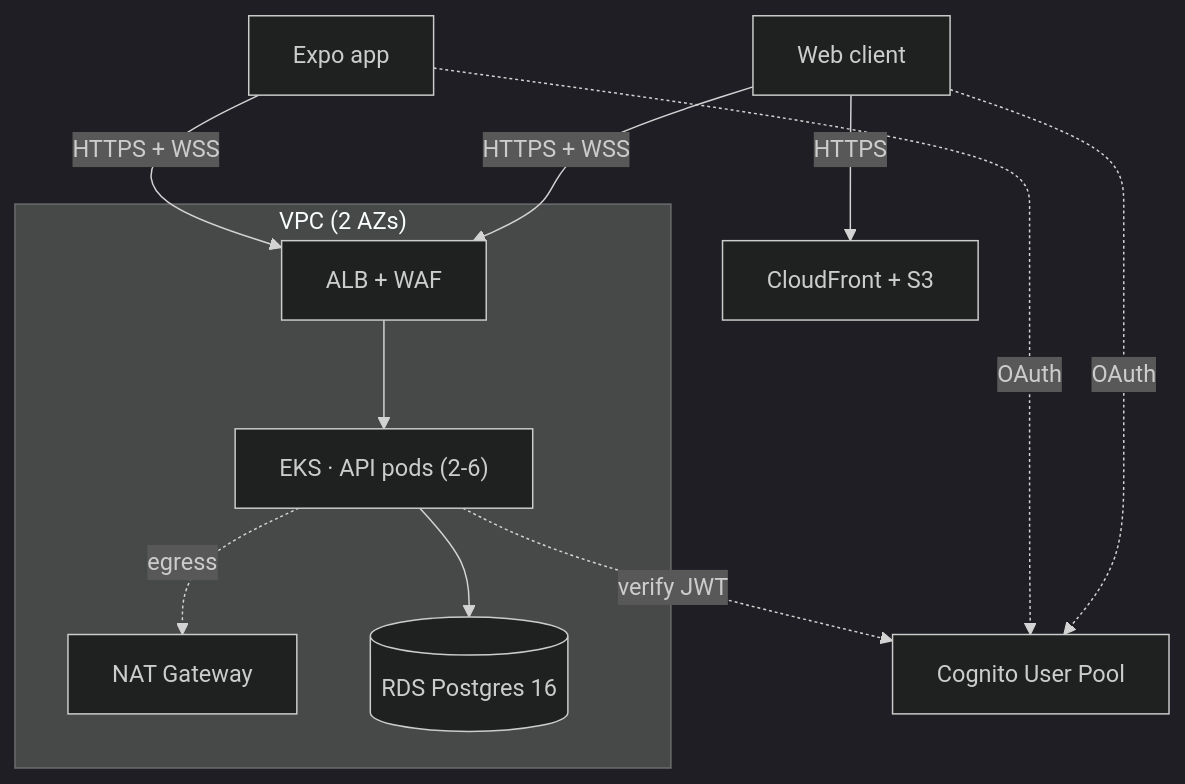
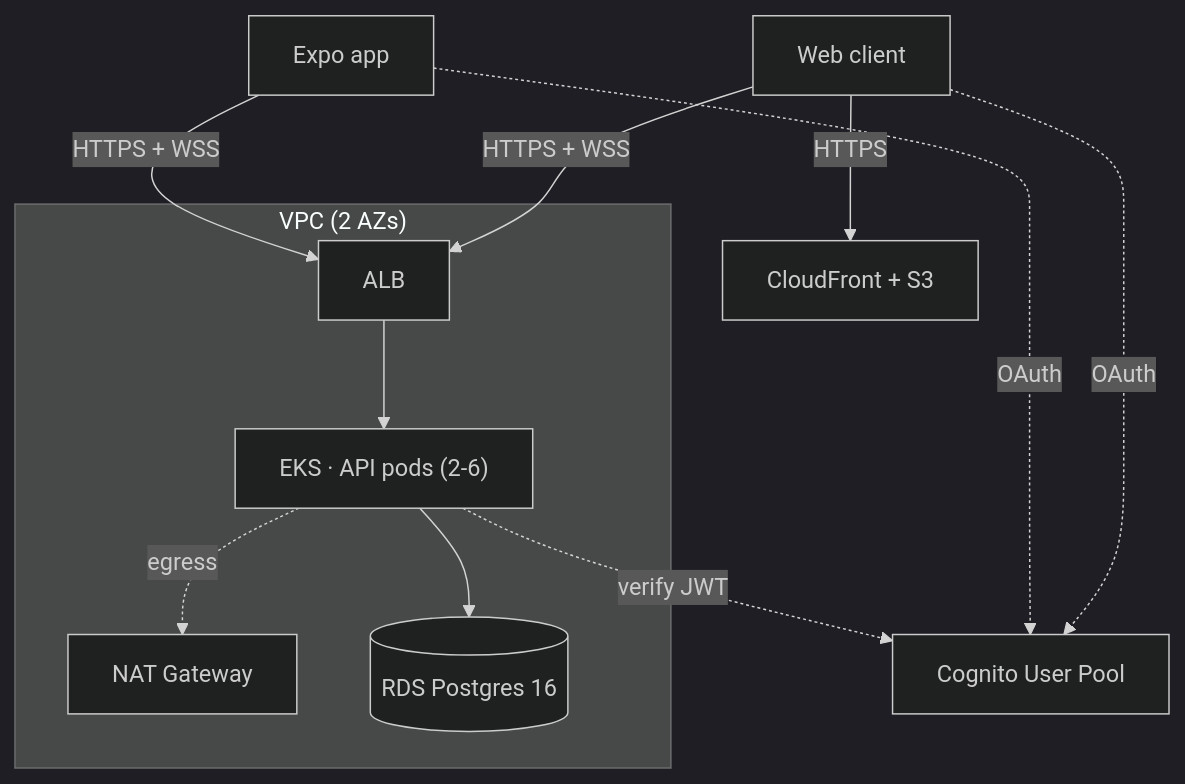
One commit to jwhigham93/Globify changed the first of 6 diagrams in ENGINEERING_NOTES.md. Above: the diagram before and after it, drawn with Mermaid (dark theme). The commit also changed other lines of this file and 2 other files, not shown here.

````diff
--- a/ENGINEERING_NOTES.md
+++ b/ENGINEERING_NOTES.md
@@ -44,23 +44,23 @@
 ```mermaid
 flowchart TB
     Mobile["Expo app"]
     Web["Web client"]
     Cognito["Cognito User Pool"]
     CF["CloudFront + S3"]
 
     subgraph VPC["VPC (2 AZs)"]
-        ALB["ALB + WAF"]
+        ALB["ALB"]
         EKS["EKS · API pods (2-6)"]
         NAT["NAT Gateway"]
         RDS[("RDS Postgres 16")]
     end
 
     Web -->|HTTPS| CF
     Mobile -->|HTTPS + WSS| ALB
     Web -->|HTTPS + WSS| ALB
     ALB --> EKS
     EKS --> RDS
     EKS -.->|egress| NAT
     Mobile & Web -.->|OAuth| Cognito
     EKS -.->|verify JWT| Cognito
 ```
````
